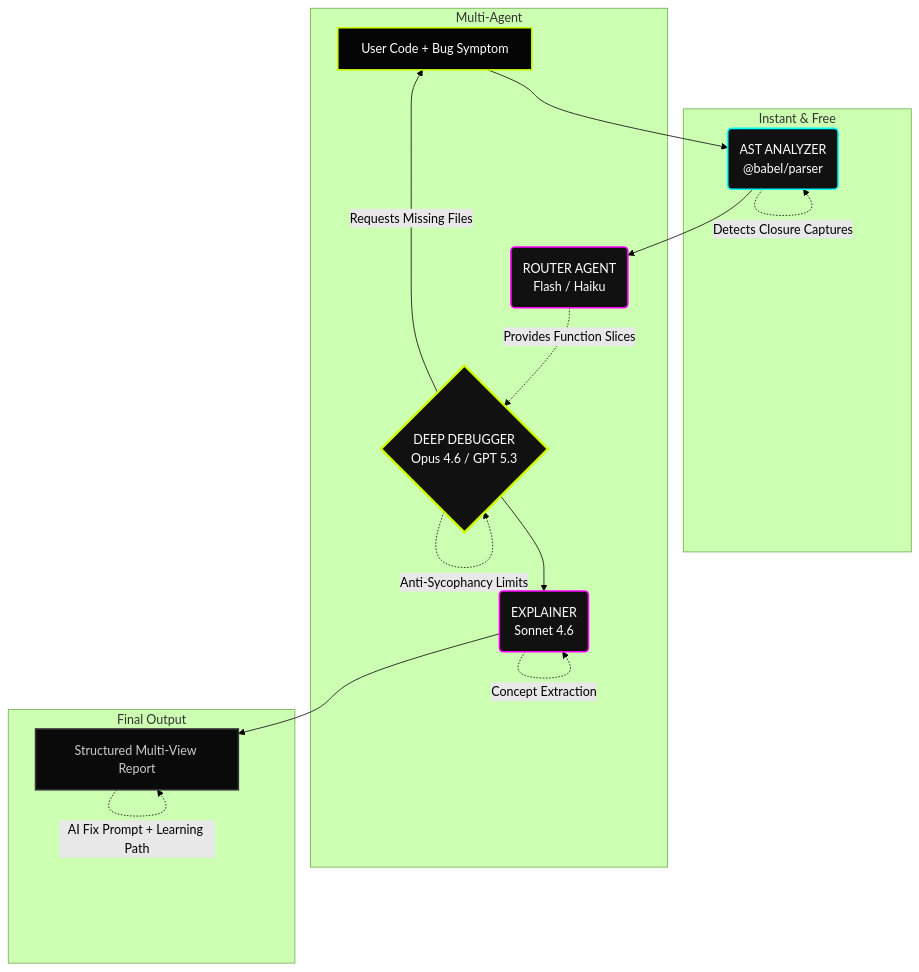
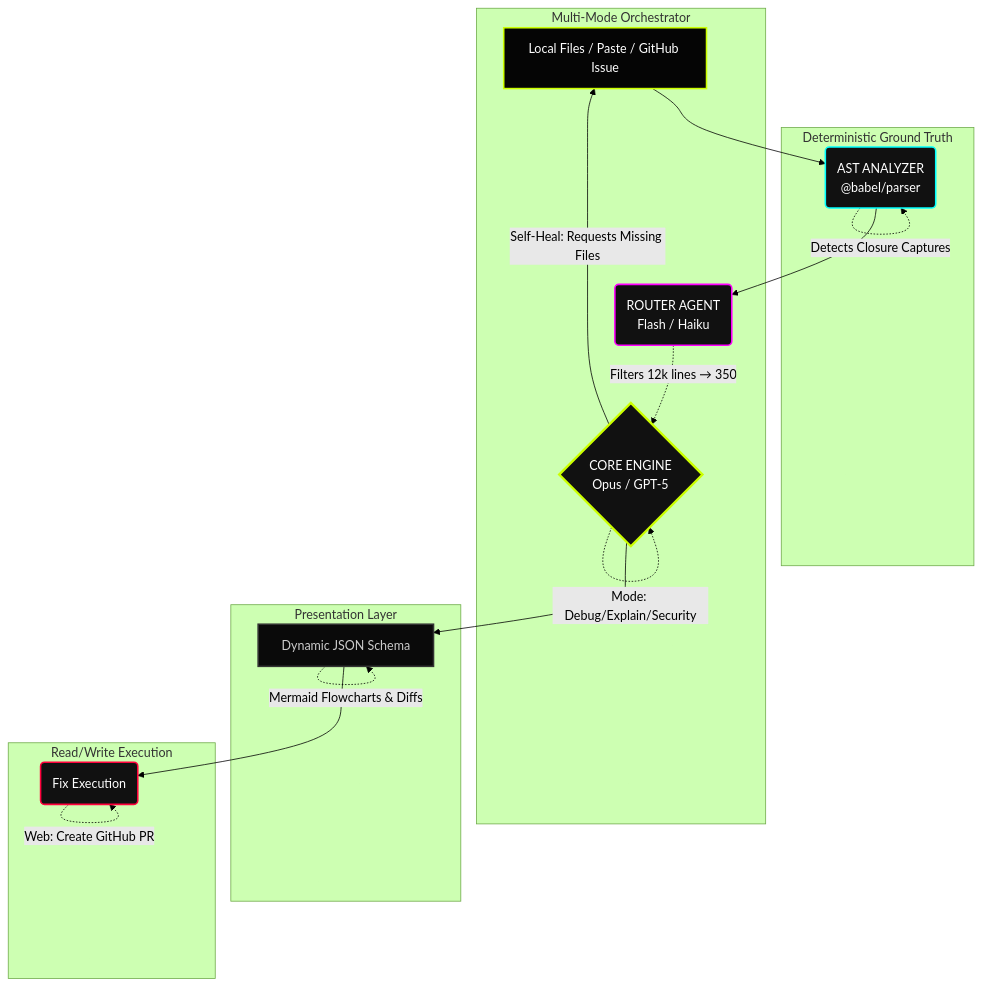
The diagram in README.md (EruditeCoder108/UnravelAI), drawn with Mermaid (forest theme) before and after one commit. The commit also changed other lines of this file and 12 other files, not shown here.

Commit message:
phase 4a vector mermaid attack in security git issue etc etc

````diff
--- a/README.md
+++ b/README.md
@@ -143,39 +143,46 @@
 ```mermaid
 graph TD
-    classDef user fill:#050505,stroke:#ccff00,stroke-width:2px,color:#fff
-    classDef browser fill:#111,stroke:#00ffff,stroke-width:2px,color:#fff
-    classDef agent fill:#111,stroke:#ff00ff,stroke-width:2px,color:#fff
-    classDef sota fill:#111,stroke:#ccff00,stroke-width:3px,color:#fff
-    classDef output fill:#0a0a0a,stroke:#333,stroke-width:2px,color:#ccc
+    classDef input fill:#050505,stroke:#ccff00,stroke-width:2px,color:#fff
+    classDef ast fill:#111,stroke:#00ffff,stroke-width:2px,color:#fff
+    classDef router fill:#111,stroke:#ff00ff,stroke-width:2px,color:#fff
+    classDef engine fill:#111,stroke:#ccff00,stroke-width:3px,color:#fff
+    classDef presentation fill:#0a0a0a,stroke:#333,stroke-width:2px,color:#ccc
+    classDef action fill:#111,stroke:#ff003c,stroke-width:2px,color:#fff
 
-    U[User Code + Bug Symptom]:::user --> A
+    U[Local Files / Paste / GitHub Issue]:::input --> A
 
-    subgraph Browser Layer [Instant & Free]
-        A(AST ANALYZER\n@babel/parser):::browser
+    subgraph Pre-Analysis [Deterministic Ground Truth]
+        A(AST ANALYZER\n@babel/parser):::ast
         A -.->|Extracts Mutation Chains| A
         A -.->|Finds Timing Nodes| A
         A -.->|Detects Closure Captures| A
     end
 
     A --> R
 
-    subgraph Intelligence Layer [Multi-Agent]
-        R(ROUTER AGENT\nFlash / Haiku):::agent
-        R -.->|Provides Function Slices| D
-        D{DEEP DEBUGGER\nOpus 4.6 / GPT 5.3}:::sota
-        D -.->|8-Phase Pipeline| D
-        D -.->|Anti-Sycophancy Limits| D
-        D -->|Requests Missing Files| U
-        D --> E(EXPLAINER\nSonnet 4.6):::agent
-        E -.->|Concept Extraction| E
+    subgraph Intelligence Layer [Multi-Mode Orchestrator]
+        R(ROUTER AGENT\nFlash / Haiku):::router
+        R -.->|Filters 12k lines → 350| D
+        D{CORE ENGINE\nOpus / GPT-5}:::engine
+        D -.->|9-Phase Hypothesis Pipeline| D
+        D -.->|Mode: Debug/Explain/Security| D
+        D -->|Self-Heal: Requests Missing Files| U
     end
 
-    E --> O
+    D --> O
 
-    subgraph Final Output
-        O[Structured Multi-View Report]:::output
-        O -.->|Root Cause + State Table| O
-        O -.->|Timeline + Visual Diff| O
-        O -.->|AI Fix Prompt + Learning Path| O
+    subgraph Presentation Layer
+        O[Dynamic JSON Schema]:::presentation
+        O -.->|Renders Multi-View UI| O
+        O -.->|Mermaid Flowcharts & Diffs| O
+    end
+    
+    O --> E
+
+    subgraph Action Center [Read/Write Execution]
+        E(Fix Execution):::action
+        E -.->|VS Code: Apply Fix Locally| E
+        E -.->|VS Code: Give Fix to Copilot| E
+        E -.->|Web: Create GitHub PR| E
     end
 ```
````
